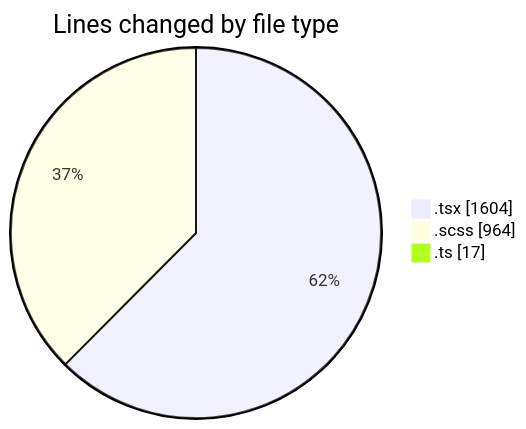
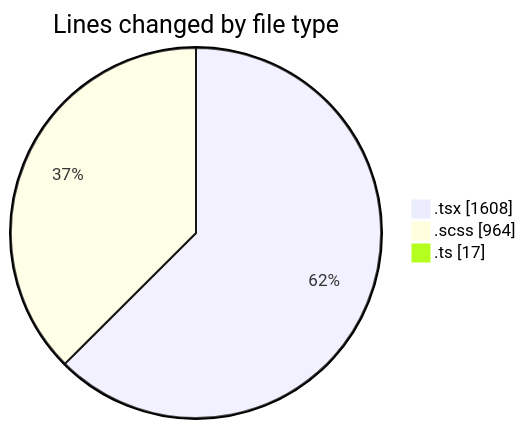
Before and after one commit to momahboobian/code-tracking: the first of 2 diagrams in 2025-09-19/cda/README.md, drawn with Mermaid. The commit also changed other lines of this file and 1 other file, not shown here.

````diff
--- a/2025-09-19/cda/README.md
+++ b/2025-09-19/cda/README.md
@@ -26,7 +26,7 @@
 ```mermaid
 pie showData
 title Lines changed by file type
-".tsx" : 1604
+".tsx" : 1608
 ".scss" : 964
 ".ts" : 17
 ```
````
